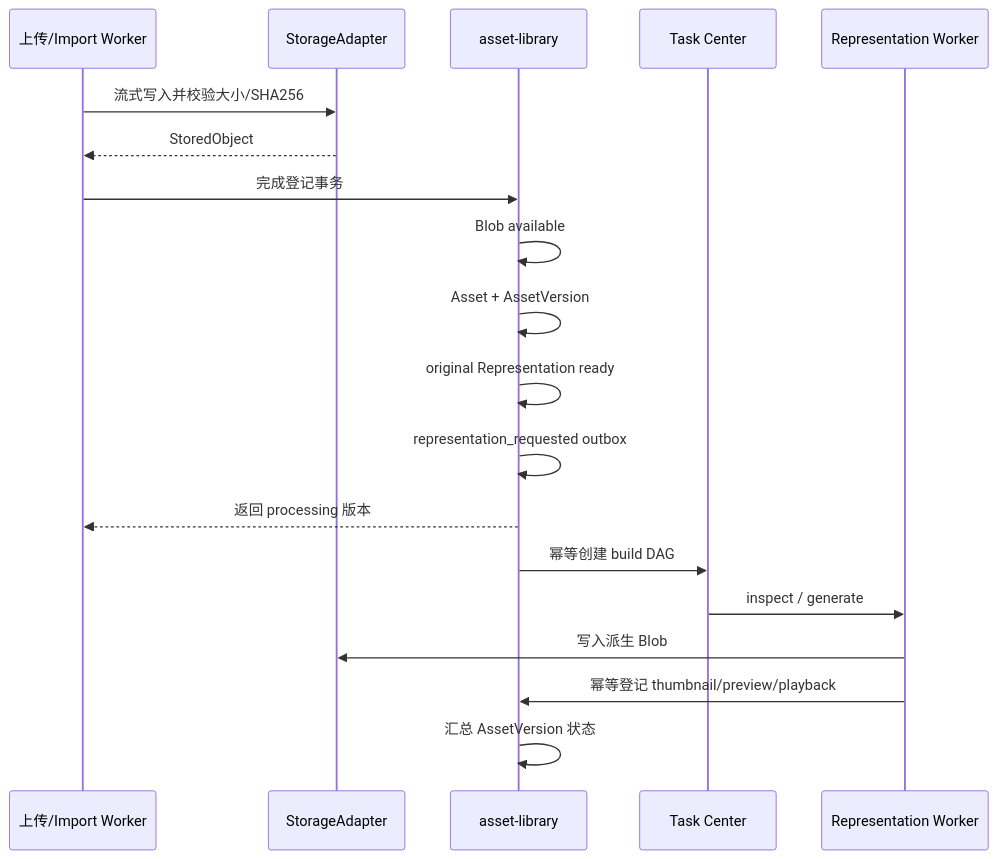
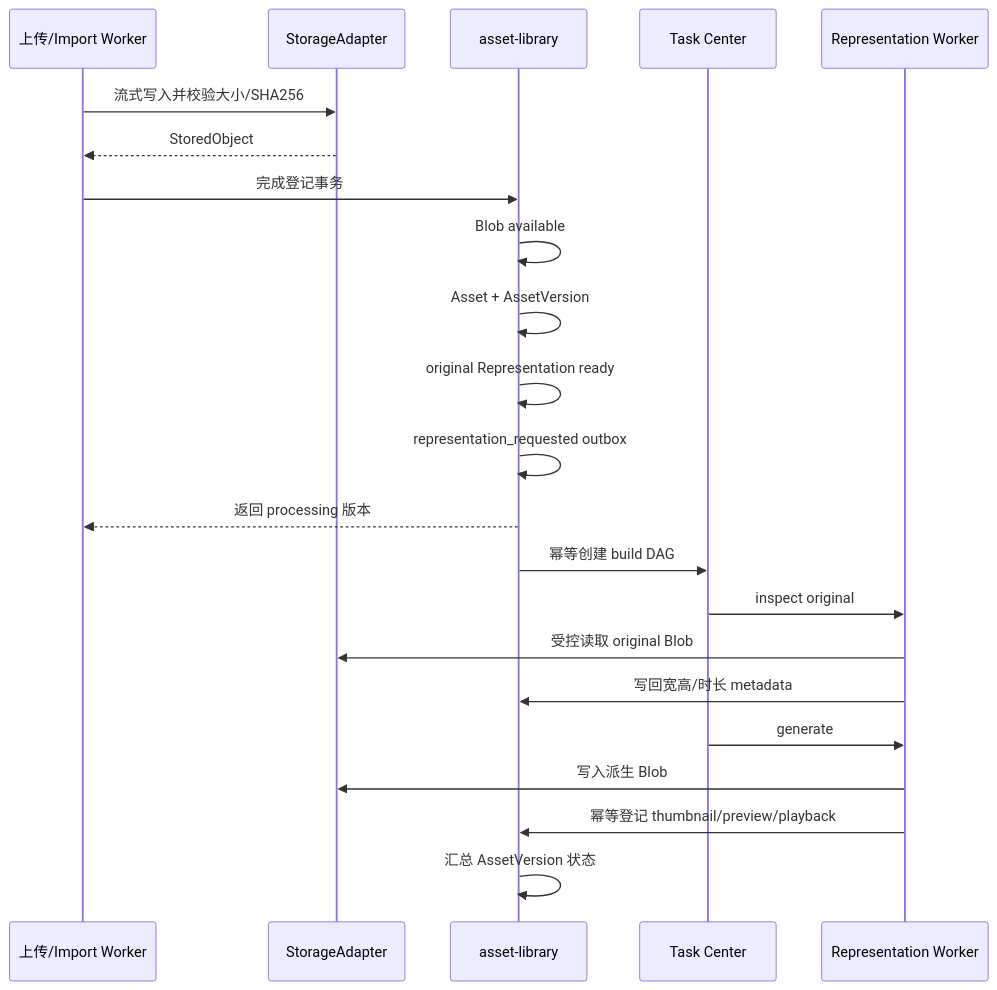
One commit to wangweihong/omnimam-server changed the second of 2 diagrams in docs/guide/zh-CN/architecture/asset-library-content-model.md. Above: the diagram before and after it, drawn with Mermaid. The commit also changed other lines of this file and 34 other files, not shown here.

````diff
--- a/docs/guide/zh-CN/architecture/asset-library-content-model.md
+++ b/docs/guide/zh-CN/architecture/asset-library-content-model.md
@@ -229,22 +237,25 @@
 ```mermaid
 sequenceDiagram
     participant Source as 上传/Import Worker
     participant Storage as StorageAdapter
     participant AssetDB as asset-library
     participant Task as Task Center
     participant Worker as Representation Worker
 
     Source->>Storage: 流式写入并校验大小/SHA256
     Storage-->>Source: StoredObject
     Source->>AssetDB: 完成登记事务
     AssetDB->>AssetDB: Blob available
     AssetDB->>AssetDB: Asset + AssetVersion
     AssetDB->>AssetDB: original Representation ready
     AssetDB->>AssetDB: representation_requested outbox
     AssetDB-->>Source: 返回 processing 版本
     AssetDB->>Task: 幂等创建 build DAG
-    Task->>Worker: inspect / generate
+    Task->>Worker: inspect original
+    Worker->>Storage: 受控读取 original Blob
+    Worker->>AssetDB: 写回宽高/时长 metadata
+    Task->>Worker: generate
     Worker->>Storage: 写入派生 Blob
     Worker->>AssetDB: 幂等登记 thumbnail/preview/playback
     AssetDB->>AssetDB: 汇总 AssetVersion 状态
 ```
````
